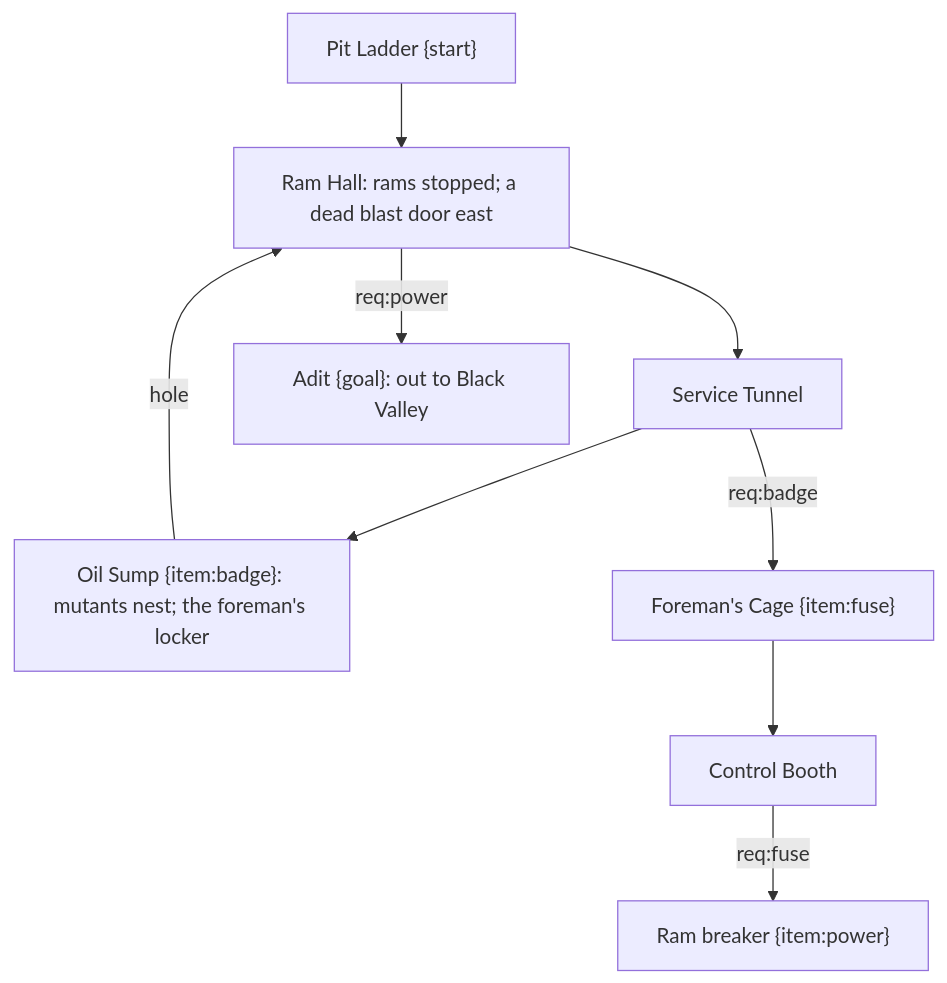
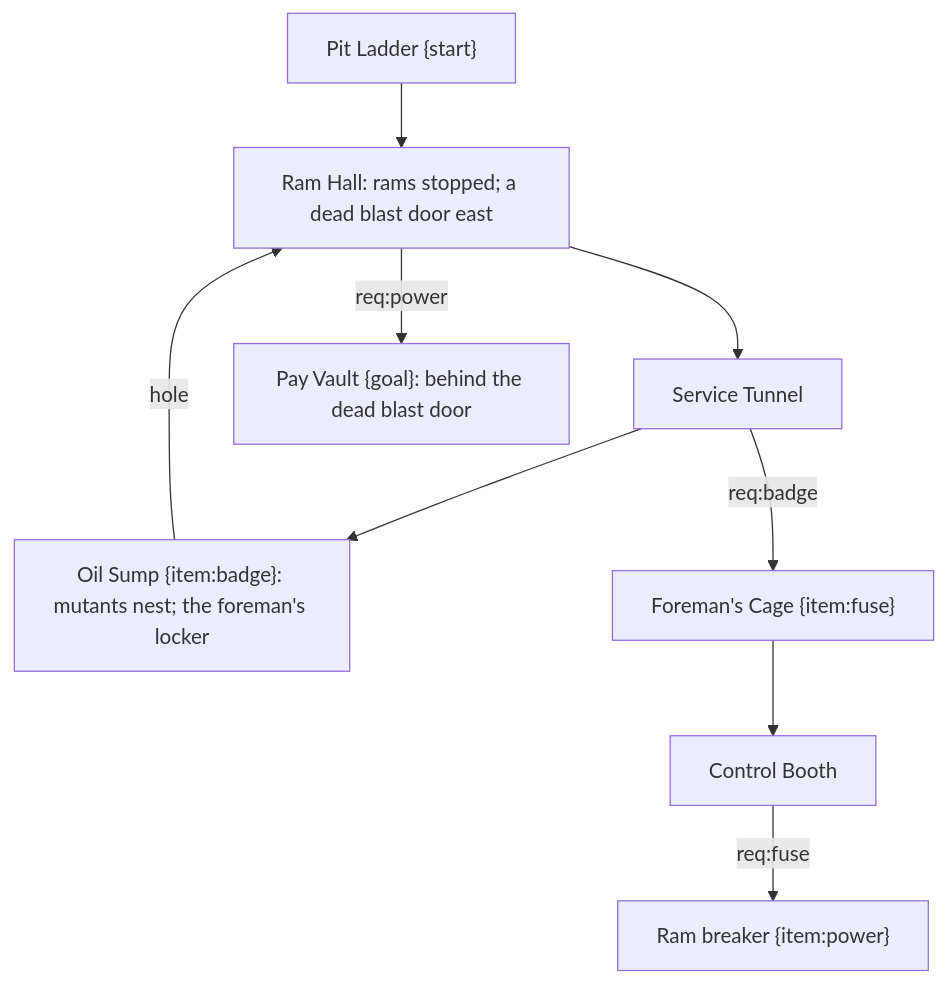
The diagram in ArtSource/plans/dungeons/crusher_pit.mmd (grimmylock/agora-vai-action), drawn with Mermaid before and after one commit. The commit also changed 10 other files, not shown here.

```diff
--- a/ArtSource/plans/dungeons/crusher_pit.mmd
+++ b/ArtSource/plans/dungeons/crusher_pit.mmd
@@ -1,12 +1,12 @@
 %% Crusher Pit (T2, under Crusher Row). Theme: hydraulic rams. Locks: BADGE (foreman's locker in the oil sump), POWER (ram breaker; fuse in the cage). Two exits: the ladder up and the adit to Black Valley (goal, behind the dead blast door). Loop: a hole sump<->ram hall.
 %% start: Pl
 %% goal: Ad
 flowchart TD
   Pl["Pit Ladder {start}"] --> Rh["Ram Hall: rams stopped; a dead blast door east"]
   Rh --> Sv["Service Tunnel"]
   Sv --> Os["Oil Sump {item:badge}: mutants nest; the foreman's locker"]
   Sv -->|req:badge| Fc["Foreman's Cage {item:fuse}"]
   Fc --> Cb["Control Booth"]
   Cb -->|req:fuse| Sw["Ram breaker {item:power}"]
-  Rh -->|req:power| Ad["Adit {goal}: out to Black Valley"]
+  Rh -->|req:power| Ad["Pay Vault {goal}: behind the dead blast door"]
   Os -->|hole| Rh
```
